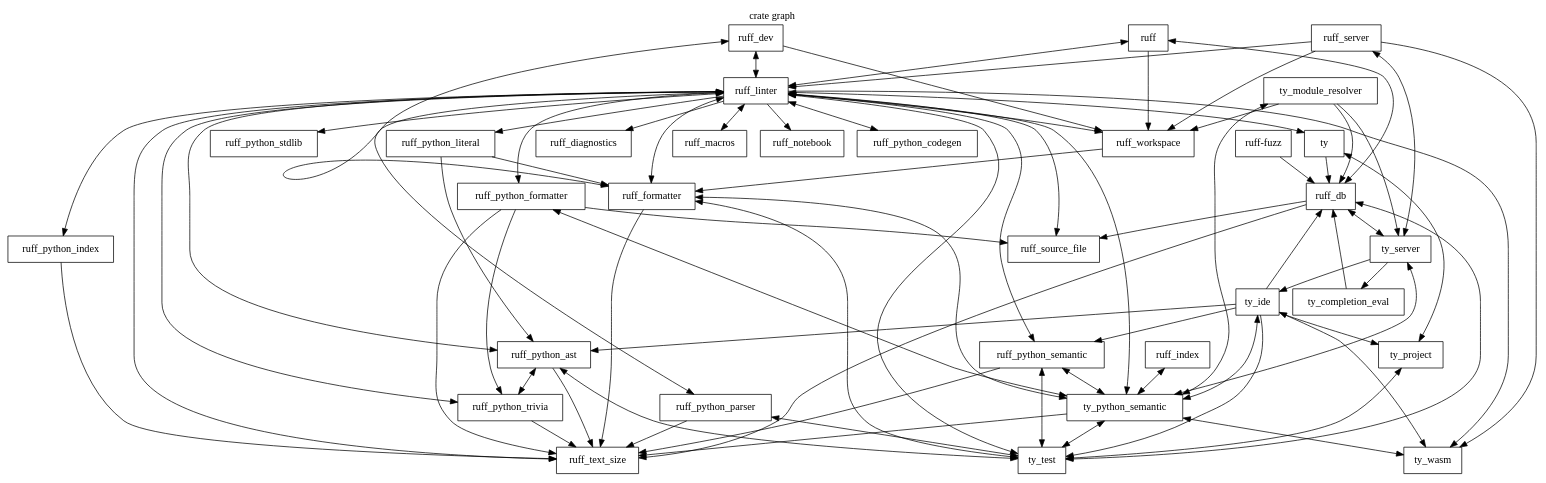
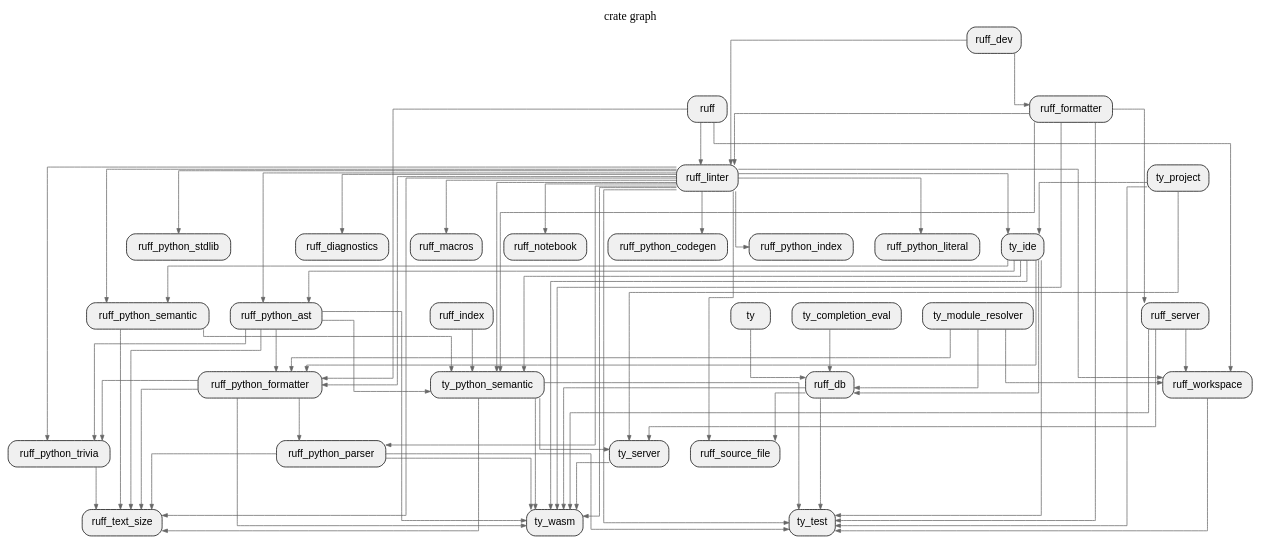
Before and after one commit to allenanswerzq/llmcc: the diagram in sample/ruff/depth_1_crate.dot, drawn with Graphviz. The commit also changed 249 other files, not shown here.

```diff
--- a/sample/ruff/depth_1_crate.dot
+++ b/sample/ruff/depth_1_crate.dot
@@ -1,117 +1,121 @@
 digraph architecture {
-  node [shape=box];
+  // Layout settings
+  rankdir=TB;
+  ranksep=0.8;
+  nodesep=0.4;
+  splines=ortho;
+  concentrate=true;
+
+  node [shape=box, style="rounded,filled", fillcolor="#f0f0f0", fontname="Helvetica"];
+  edge [color="#666666", arrowsize=0.7];
 
   label="crate graph";
   labelloc=t;
+  fontsize=16;
+  fontname="Helvetica Bold";
 
   crate_ruff[label="ruff"];
   crate_ruff_db[label="ruff_db"];
   crate_ruff_dev[label="ruff_dev"];
   crate_ruff_diagnostics[label="ruff_diagnostics"];
   crate_ruff_formatter[label="ruff_formatter"];
-  crate_ruff_fuzz[label="ruff-fuzz"];
   crate_ruff_index[label="ruff_index"];
   crate_ruff_linter[label="ruff_linter"];
   crate_ruff_macros[label="ruff_macros"];
   crate_ruff_notebook[label="ruff_notebook"];
   crate_ruff_python_ast[label="ruff_python_ast"];
   crate_ruff_python_codegen[label="ruff_python_codegen"];
   crate_ruff_python_formatter[label="ruff_python_formatter"];
   crate_ruff_python_index[label="ruff_python_index"];
   crate_ruff_python_literal[label="ruff_python_literal"];
   crate_ruff_python_parser[label="ruff_python_parser"];
   crate_ruff_python_semantic[label="ruff_python_semantic"];
   crate_ruff_python_stdlib[label="ruff_python_stdlib"];
   crate_ruff_python_trivia[label="ruff_python_trivia"];
   crate_ruff_server[label="ruff_server"];
   crate_ruff_source_file[label="ruff_source_file"];
   crate_ruff_text_size[label="ruff_text_size"];
   crate_ruff_workspace[label="ruff_workspace"];
   crate_ty[label="ty"];
   crate_ty_completion_eval[label="ty_completion_eval"];
   crate_ty_ide[label="ty_ide"];
   crate_ty_module_resolver[label="ty_module_resolver"];
   crate_ty_project[label="ty_project"];
   crate_ty_python_semantic[label="ty_python_semantic"];
   crate_ty_server[label="ty_server"];
   crate_ty_test[label="ty_test"];
   crate_ty_wasm[label="ty_wasm"];
 
-  crate_ruff -> crate_ruff_db [dir=both];
-  crate_ruff -> crate_ruff_linter [dir=both];
+  crate_ruff -> crate_ruff_linter;
+  crate_ruff -> crate_ruff_python_formatter;
   crate_ruff -> crate_ruff_workspace;
   crate_ruff_db -> crate_ruff_source_file;
-  crate_ruff_db -> crate_ruff_text_size;
-  crate_ruff_db -> crate_ty_server [dir=both];
-  crate_ruff_db -> crate_ty_test [dir=both];
-  crate_ruff_dev -> crate_ruff_formatter [dir=both];
-  crate_ruff_dev -> crate_ruff_linter [dir=both];
-  crate_ruff_dev -> crate_ruff_workspace;
-  crate_ruff_formatter -> crate_ruff_linter [dir=both];
-  crate_ruff_formatter -> crate_ruff_text_size;
-  crate_ruff_formatter -> crate_ty_python_semantic [dir=both];
-  crate_ruff_formatter -> crate_ty_test [dir=both];
-  crate_ruff_fuzz -> crate_ruff_db;
-  crate_ruff_index -> crate_ty_python_semantic [dir=both];
+  crate_ruff_db -> crate_ty_test;
+  crate_ruff_db -> crate_ty_wasm;
+  crate_ruff_dev -> crate_ruff_formatter;
+  crate_ruff_dev -> crate_ruff_linter;
+  crate_ruff_formatter -> crate_ruff_linter;
+  crate_ruff_formatter -> crate_ruff_server;
+  crate_ruff_formatter -> crate_ty_python_semantic;
+  crate_ruff_formatter -> crate_ty_test;
+  crate_ruff_formatter -> crate_ty_wasm;
+  crate_ruff_index -> crate_ty_python_semantic;
   crate_ruff_linter -> crate_ruff_diagnostics;
-  crate_ruff_linter -> crate_ruff_macros [dir=both];
+  crate_ruff_linter -> crate_ruff_macros;
   crate_ruff_linter -> crate_ruff_notebook;
-  crate_ruff_linter -> crate_ruff_python_ast [dir=both];
-  crate_ruff_linter -> crate_ruff_python_codegen [dir=both];
-  crate_ruff_linter -> crate_ruff_python_formatter [dir=both];
+  crate_ruff_linter -> crate_ruff_python_ast;
+  crate_ruff_linter -> crate_ruff_python_codegen;
+  crate_ruff_linter -> crate_ruff_python_formatter;
   crate_ruff_linter -> crate_ruff_python_index;
   crate_ruff_linter -> crate_ruff_python_literal;
-  crate_ruff_linter -> crate_ruff_python_parser [dir=both];
-  crate_ruff_linter -> crate_ruff_python_semantic [dir=both];
-  crate_ruff_linter -> crate_ruff_python_stdlib [dir=both];
-  crate_ruff_linter -> crate_ruff_python_trivia [dir=both];
-  crate_ruff_linter -> crate_ruff_source_file [dir=both];
+  crate_ruff_linter -> crate_ruff_python_parser;
+  crate_ruff_linter -> crate_ruff_python_semantic;
+  crate_ruff_linter -> crate_ruff_python_stdlib;
+  crate_ruff_linter -> crate_ruff_python_trivia;
+  crate_ruff_linter -> crate_ruff_source_file;
   crate_ruff_linter -> crate_ruff_text_size;
-  crate_ruff_linter -> crate_ruff_workspace [dir=both];
-  crate_ruff_linter -> crate_ty [dir=both];
-  crate_ruff_linter -> crate_ty_python_semantic [dir=both];
-  crate_ruff_linter -> crate_ty_test [dir=both];
+  crate_ruff_linter -> crate_ruff_workspace;
+  crate_ruff_linter -> crate_ty_ide;
+  crate_ruff_linter -> crate_ty_python_semantic;
+  crate_ruff_linter -> crate_ty_test;
   crate_ruff_linter -> crate_ty_wasm;
-  crate_ruff_python_ast -> crate_ruff_python_trivia [dir=both];
+  crate_ruff_python_ast -> crate_ruff_python_formatter;
+  crate_ruff_python_ast -> crate_ruff_python_trivia;
   crate_ruff_python_ast -> crate_ruff_text_size;
-  crate_ruff_python_ast -> crate_ty_test [dir=both];
+  crate_ruff_python_ast -> crate_ty_python_semantic;
+  crate_ruff_python_ast -> crate_ty_wasm;
+  crate_ruff_python_formatter -> crate_ruff_python_parser;
   crate_ruff_python_formatter -> crate_ruff_python_trivia;
-  crate_ruff_python_formatter -> crate_ruff_source_file;
   crate_ruff_python_formatter -> crate_ruff_text_size;
-  crate_ruff_python_formatter -> crate_ty_python_semantic [dir=both];
-  crate_ruff_python_index -> crate_ruff_text_size;
-  crate_ruff_python_literal -> crate_ruff_formatter;
-  crate_ruff_python_literal -> crate_ruff_python_ast;
+  crate_ruff_python_formatter -> crate_ty_wasm;
   crate_ruff_python_parser -> crate_ruff_text_size;
-  crate_ruff_python_parser -> crate_ty_test [dir=both];
+  crate_ruff_python_parser -> crate_ty_test;
+  crate_ruff_python_parser -> crate_ty_wasm;
   crate_ruff_python_semantic -> crate_ruff_text_size;
-  crate_ruff_python_semantic -> crate_ty_python_semantic [dir=both];
-  crate_ruff_python_semantic -> crate_ty_test [dir=both];
+  crate_ruff_python_semantic -> crate_ty_python_semantic;
   crate_ruff_python_trivia -> crate_ruff_text_size;
-  crate_ruff_server -> crate_ruff_linter;
   crate_ruff_server -> crate_ruff_workspace;
-  crate_ruff_server -> crate_ty_server [dir=both];
+  crate_ruff_server -> crate_ty_server;
   crate_ruff_server -> crate_ty_wasm;
-  crate_ruff_workspace -> crate_ruff_formatter;
+  crate_ruff_workspace -> crate_ty_test;
   crate_ty -> crate_ruff_db;
-  crate_ty -> crate_ty_project [dir=both];
   crate_ty_completion_eval -> crate_ruff_db;
   crate_ty_ide -> crate_ruff_db;
   crate_ty_ide -> crate_ruff_python_ast;
+  crate_ty_ide -> crate_ruff_python_formatter;
   crate_ty_ide -> crate_ruff_python_semantic;
-  crate_ty_ide -> crate_ty_project;
-  crate_ty_ide -> crate_ty_python_semantic [dir=both];
+  crate_ty_ide -> crate_ty_python_semantic;
   crate_ty_ide -> crate_ty_test;
-  crate_ty_ide -> crate_ty_wasm [dir=both];
+  crate_ty_ide -> crate_ty_wasm;
   crate_ty_module_resolver -> crate_ruff_db;
+  crate_ty_module_resolver -> crate_ruff_python_formatter;
   crate_ty_module_resolver -> crate_ruff_workspace;
-  crate_ty_module_resolver -> crate_ty_python_semantic [dir=both];
-  crate_ty_module_resolver -> crate_ty_server;
-  crate_ty_project -> crate_ty_test [dir=both];
+  crate_ty_project -> crate_ty_ide;
+  crate_ty_project -> crate_ty_server;
+  crate_ty_project -> crate_ty_test;
   crate_ty_python_semantic -> crate_ruff_text_size;
-  crate_ty_python_semantic -> crate_ty_server [dir=both];
-  crate_ty_python_semantic -> crate_ty_test [dir=both];
-  crate_ty_python_semantic -> crate_ty_wasm [dir=both];
-  crate_ty_server -> crate_ty_completion_eval;
-  crate_ty_server -> crate_ty_ide;
+  crate_ty_python_semantic -> crate_ty_server;
+  crate_ty_python_semantic -> crate_ty_test;
+  crate_ty_python_semantic -> crate_ty_wasm;
+  crate_ty_server -> crate_ty_wasm;
 }
```
